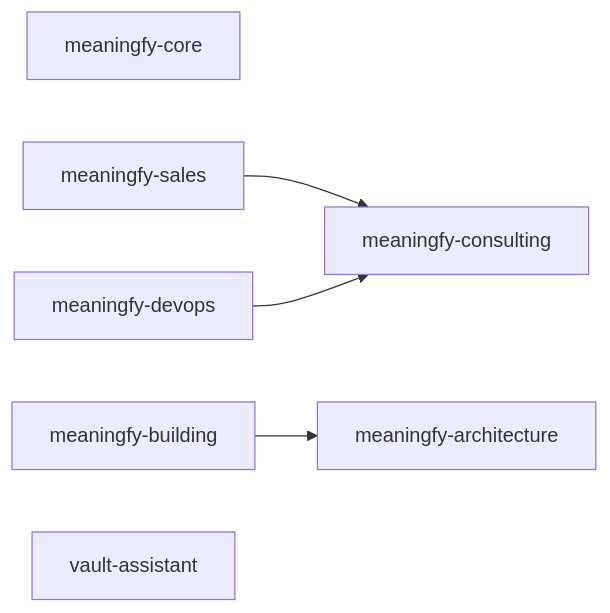
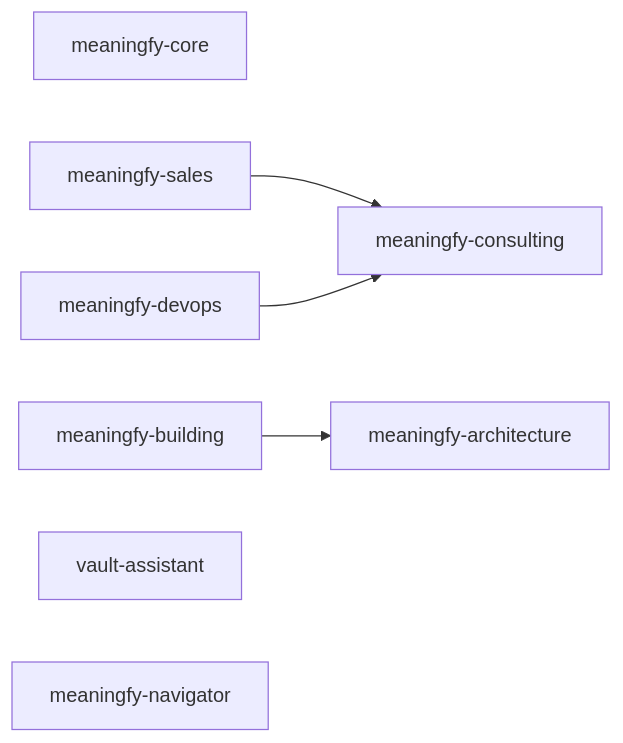
The second of 3 diagrams in docs/skill-inventory.md (meaningfy-ws/skillery), drawn with Mermaid before and after one commit. The commit also changed other lines of this file and 139 other files, not shown here.

````diff
--- a/docs/skill-inventory.md
+++ b/docs/skill-inventory.md
@@ -271,13 +274,14 @@
 ```mermaid
 flowchart LR
   b_meaningfy_core["meaningfy-core"]
   b_meaningfy_consulting["meaningfy-consulting"]
   b_meaningfy_sales["meaningfy-sales"]
   b_meaningfy_architecture["meaningfy-architecture"]
   b_meaningfy_building["meaningfy-building"]
   b_meaningfy_devops["meaningfy-devops"]
   b_vault_assistant["vault-assistant"]
+  b_meaningfy_navigator["meaningfy-navigator"]
   b_meaningfy_sales --> b_meaningfy_consulting
   b_meaningfy_building --> b_meaningfy_architecture
   b_meaningfy_devops --> b_meaningfy_consulting
 ```
````
